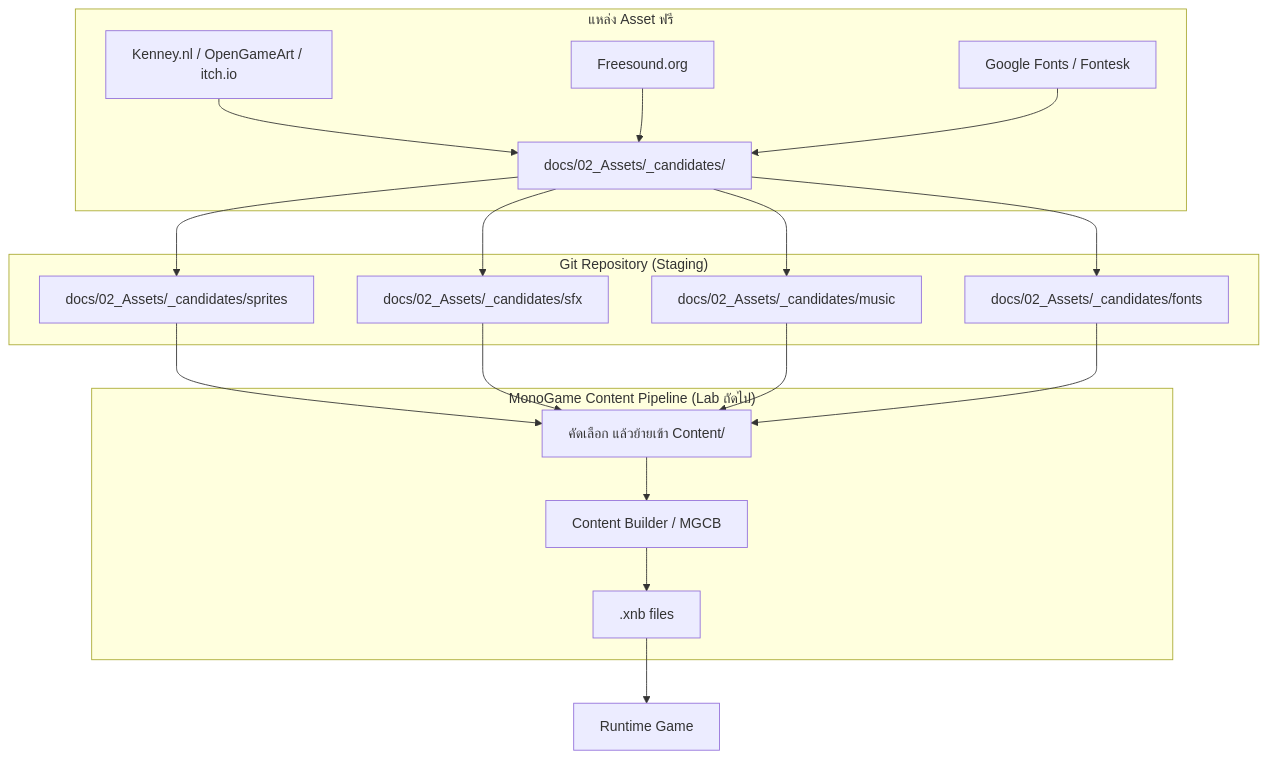
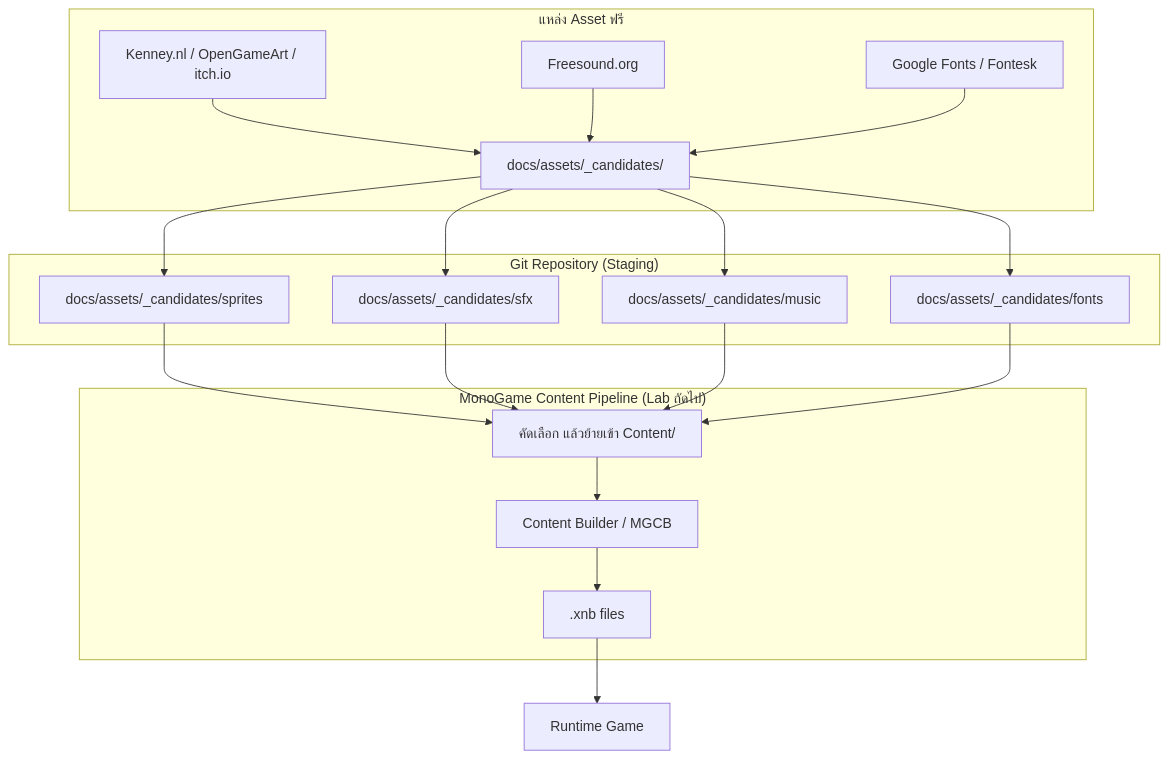
Before and after one commit to Supakorn-p/untitled-game: the diagram in docs/gdd/05-asset-list-pipeline-flow.md, drawn with Mermaid.

Commit message:
added assets directory + fixed some stuff

````diff
--- a/docs/gdd/05-asset-list-pipeline-flow.md
+++ b/docs/gdd/05-asset-list-pipeline-flow.md
@@ -3,26 +3,26 @@
 ```mermaid
 flowchart TD
     subgraph SOURCES["แหล่ง Asset ฟรี"]
-        K1[Kenney.nl / OpenGameArt / itch.io] --> C1[docs/02_Assets/_candidates/]
+        K1[Kenney.nl / OpenGameArt / itch.io] --> C1[docs/assets/_candidates/]
         K2[Freesound.org] --> C1
         K3[Google Fonts / Fontesk] --> C1
     end
 
     subgraph REPO["Git Repository (Staging)"]
-        C1 --> R1[docs/02_Assets/_candidates/sprites]
-        C1 --> R2[docs/02_Assets/_candidates/sfx]
-        C1 --> R3[docs/02_Assets/_candidates/music]
-        C1 --> R4[docs/02_Assets/_candidates/fonts]
+        C1 --> R1[docs/assets/_candidates/sprites]
+        C1 --> R2[docs/assets/_candidates/sfx]
+        C1 --> R3[docs/assets/_candidates/music]
+        C1 --> R4[docs/assets/_candidates/fonts]
     end
 
     subgraph PIPELINE["MonoGame Content Pipeline (Lab ถัดไป)"]
         R1 --> CP[คัดเลือก แล้วย้ายเข้า Content/]
         R2 --> CP
         R3 --> CP
         R4 --> CP
         CP --> P1[Content Builder / MGCB]
         P1 --> XNB[.xnb files]
     end
 
     XNB --> GAME[Runtime Game]
 ```
````
